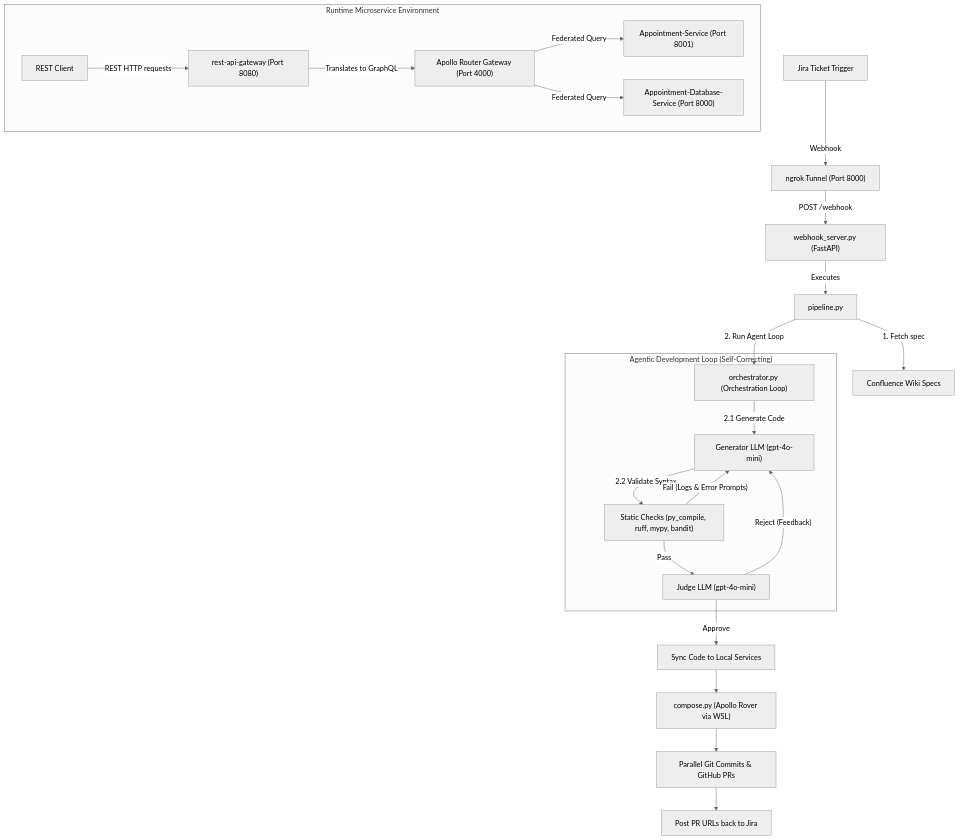
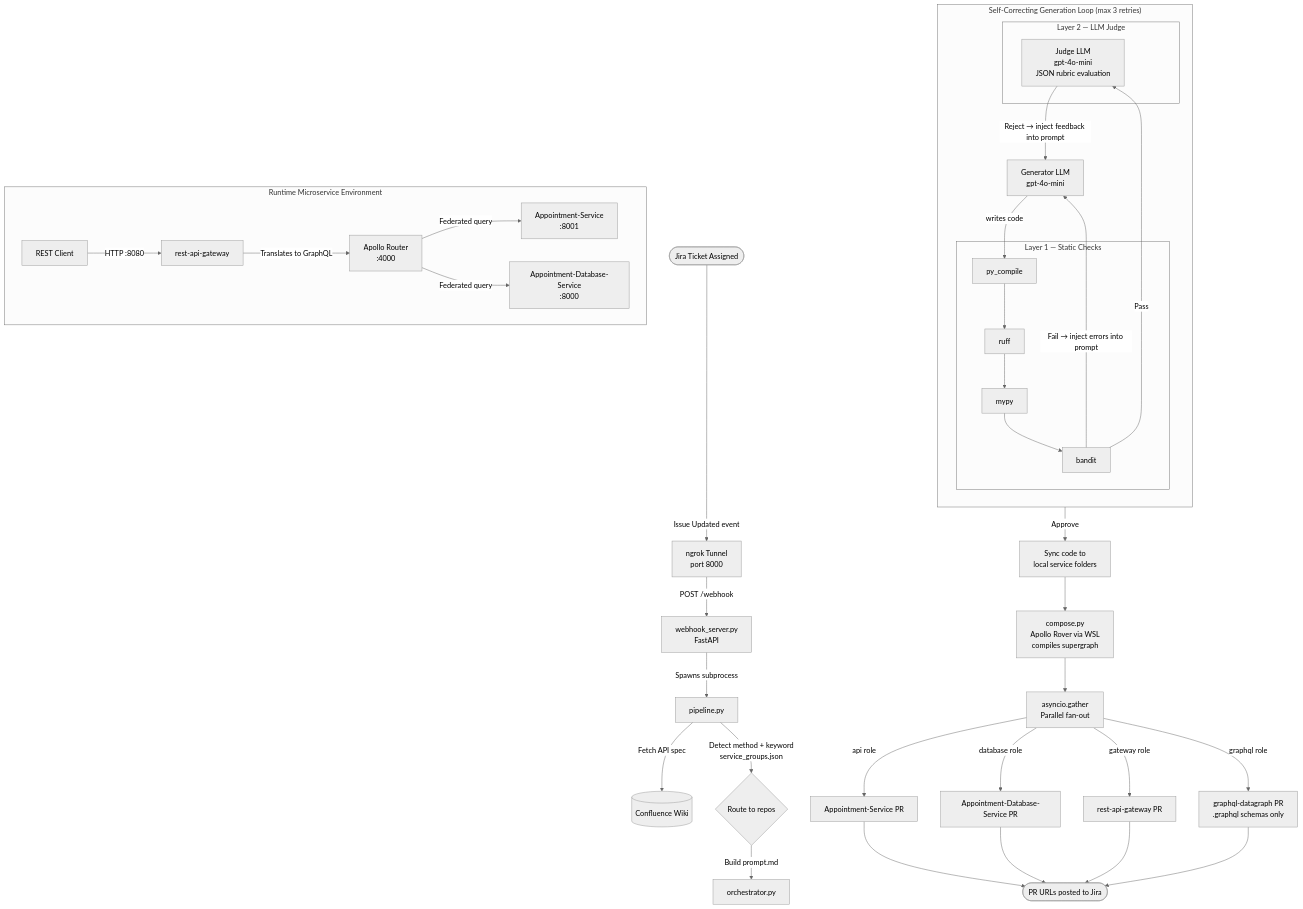
Before and after one commit to sanskritehe/API-Automation-GraphQL: the diagram in README.md, drawn with Mermaid (neutral theme). The commit also changed other lines of this file, not shown here.

````diff
--- a/README.md
+++ b/README.md
@@ -23,33 +11,53 @@
 ```mermaid
-graph TD
-    %% Webhook trigger
-    Jira["Jira Ticket Trigger"] -->|Webhook| Ngrok["ngrok Tunnel (Port 8000)"]
-    Ngrok -->|POST /webhook| WebServer["webhook_server.py (FastAPI)"]
-    
-    %% Pipeline Flow
-    WebServer -->|Executes| Pipeline["pipeline.py"]
-    Pipeline -->|1. Fetch spec| Confluence["Confluence Wiki Specs"]
-    Pipeline -->|2. Run Agent Loop| Orchestrator["orchestrator.py (Orchestration Loop)"]
-    
-    subgraph "Agentic Development Loop (Self-Correcting)"
-        Orchestrator -->|2.1 Generate Code| Coder["Generator LLM (gpt-4o-mini)"]
-        Coder -->|2.2 Validate Syntax| Compiler["Static Checks (py_compile, ruff, mypy, bandit)"]
-        Compiler -->|"Fail (Logs & Error Prompts)"| Coder
-        Compiler -->|"Pass"| Judge["Judge LLM (gpt-4o-mini)"]
-        Judge -->|"Reject (Feedback)"| Coder
+flowchart TD
+    %% ── Trigger ──────────────────────────────────────────────
+    A([Jira Ticket Assigned]) -->|Issue Updated event| B[ngrok Tunnel\nport 8000]
+    B -->|POST /webhook| C[webhook_server.py\nFastAPI]
+
+    %% ── Pipeline Orchestration ────────────────────────────────
+    C -->|Spawns subprocess| D[pipeline.py]
+    D -->|Fetch API spec| E[(Confluence Wiki)]
+    D -->|Detect method + keyword\nservice_groups.json| F{Route to repos}
+
+    %% ── Agentic Loop ──────────────────────────────────────────
+    F -->|Build prompt.md| G[orchestrator.py]
+
+    subgraph LOOP ["Self-Correcting Generation Loop  (max 3 retries)"]
+        direction TB
+        G1[Generator LLM\ngpt-4o-mini] -->|writes code| G2
+
+        subgraph L1 ["Layer 1 — Static Checks"]
+            G2[py_compile] --> G3[ruff] --> G4[mypy] --> G5[bandit]
+        end
+
+        G5 -->|Fail → inject errors into prompt| G1
+        G5 -->|Pass| G6
+
+        subgraph L2 ["Layer 2 — LLM Judge"]
+            G6[Judge LLM\ngpt-4o-mini\nJSON rubric evaluation]
+        end
+
+        G6 -->|Reject → inject feedback into prompt| G1
     end
-    
-    %% Schema & Git deploy
-    Judge -->|"Approve"| Sync["Sync Code to Local Services"]
-    Sync --> Compose["compose.py (Apollo Rover via WSL)"]
-    Compose --> GitDeploy["Parallel Git Commits & GitHub PRs"]
-    GitDeploy --> JiraComment["Post PR URLs back to Jira"]
 
-    %% Runtime
-    subgraph "Runtime Microservice Environment"
-        Client["REST Client"] -->|REST HTTP requests| Gateway["rest-api-gateway (Port 8080)"]
-        Gateway -->|Translates to GraphQL| Router["Apollo Router Gateway (Port 4000)"]
-        Router -->|Federated Query| AppService["Appointment-Service (Port 8001)"]
-        Router -->|Federated Query| DBService["Appointment-Database-Service (Port 8000)"]
+    %% ── Post-approval ─────────────────────────────────────────
+    G6 -->|Approve| H[Sync code to\nlocal service folders]
+    H --> I[compose.py\nApollo Rover via WSL\ncompiles supergraph]
+    I --> J[asyncio.gather\nParallel fan-out]
+
+    J -->|api role| K[Appointment-Service PR]
+    J -->|database role| L[Appointment-Database-Service PR]
+    J -->|gateway role| M[rest-api-gateway PR]
+    J -->|graphql role| N[graphql-datagraph PR\n.graphql schemas only]
+
+    K & L & M & N --> O([PR URLs posted to Jira])
+
+    %% ── Runtime Architecture ──────────────────────────────────
+    subgraph RUNTIME ["Runtime Microservice Environment"]
+        direction LR
+        P[REST Client] -->|HTTP :8080| Q[rest-api-gateway]
+        Q -->|Translates to GraphQL| R[Apollo Router\n:4000]
+        R -->|Federated query| S[Appointment-Service\n:8001]
+        R -->|Federated query| T[Appointment-Database-Service\n:8000]
     end
 ```
````
